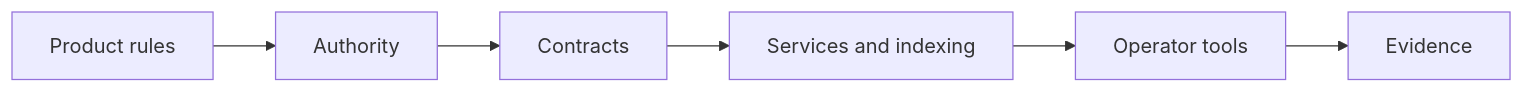
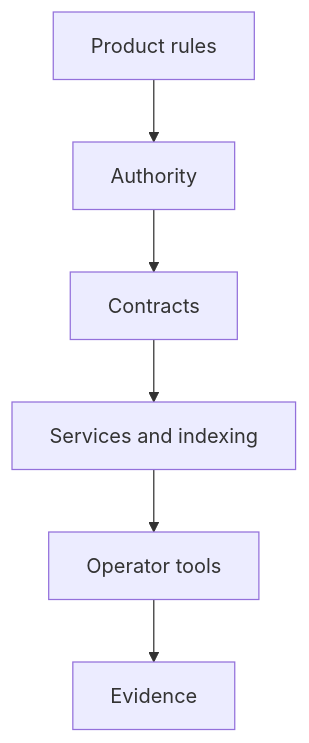
Before and after one commit to J0UH/stablecoin-infrastructure: the diagram in README.md, drawn with Mermaid.

Commit message:
docs: build visual project portfolio

````diff
--- a/README.md
+++ b/README.md
@@ -29,14 +29,14 @@
 ```mermaid
-flowchart LR
+flowchart TD
     n0["Product rules"]
     n1["Authority"]
     n2["Contracts"]
     n3["Services and indexing"]
     n4["Operator tools"]
     n5["Evidence"]
     n0 --> n1
     n1 --> n2
     n2 --> n3
     n3 --> n4
     n4 --> n5
 ```
````
